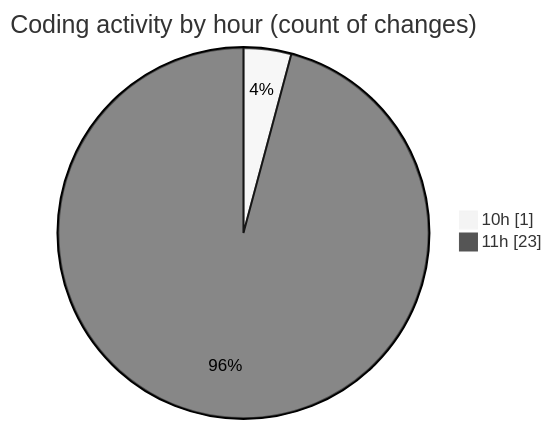
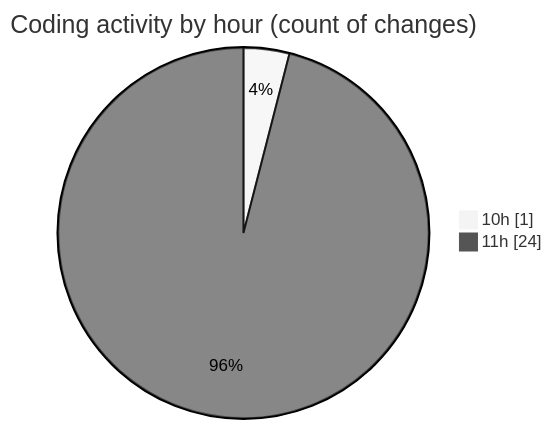
The second of 2 diagrams in 2025-10-03/untitled__workspace_/README.md (debugP/code-tracking), drawn with Mermaid (neutral theme) before and after one commit. The commit also changed other lines of this file and 1 other file, not shown here.

````diff
--- a/2025-10-03/untitled__workspace_/README.md
+++ b/2025-10-03/untitled__workspace_/README.md
@@ -28,6 +28,6 @@
 ```mermaid
 pie showData
 title Coding activity by hour (count of changes)
 "10h" : 1
-"11h" : 23
+"11h" : 24
 ```
````
